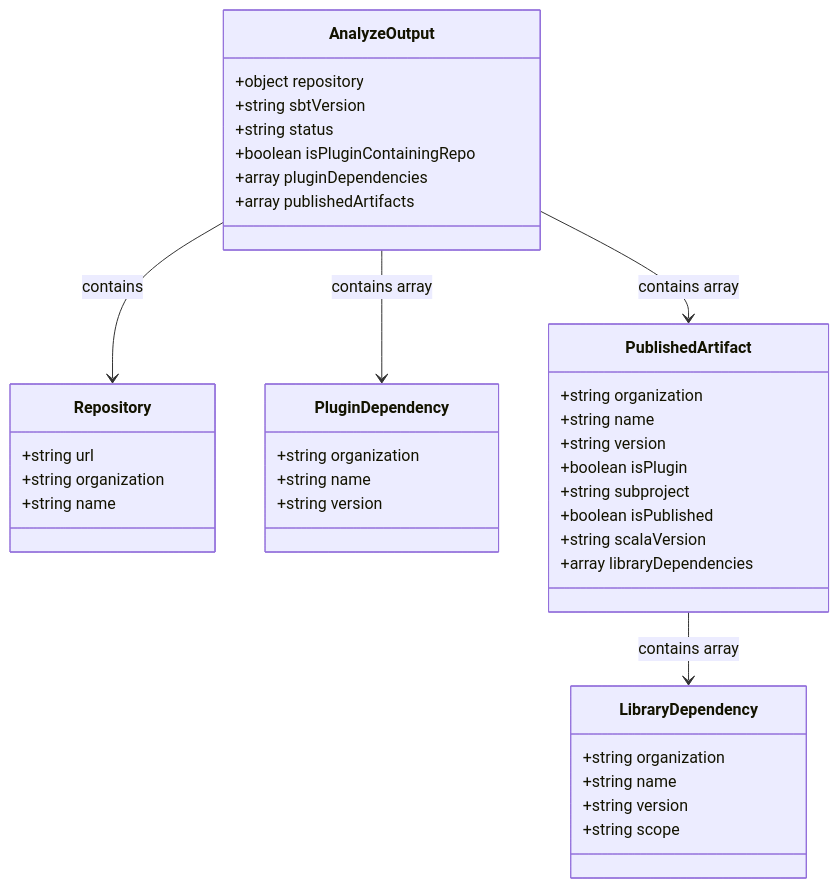
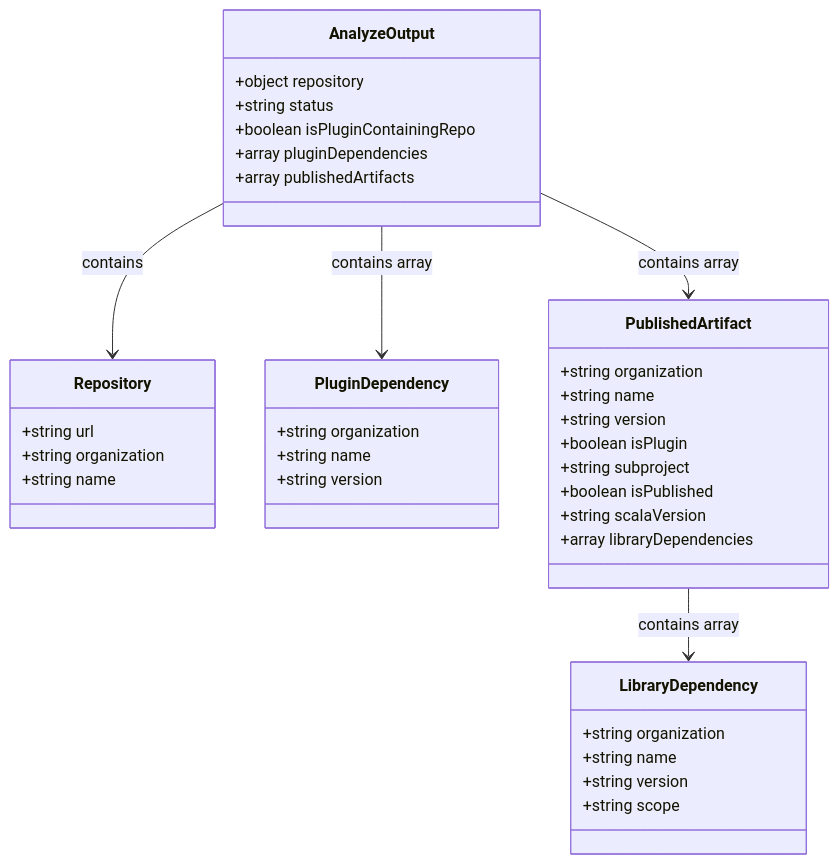
The second of 2 diagrams in database/schema-diagram.md (anatoliykmetyuk/sbt-ecosystem), drawn with Mermaid before and after one commit. The commit also changed other lines of this file and 9 other files, not shown here.

````diff
--- a/database/schema-diagram.md
+++ b/database/schema-diagram.md
@@ -101,46 +107,45 @@
 ```mermaid
 classDiagram
     class AnalyzeOutput {
         +object repository
-        +string sbtVersion
         +string status
         +boolean isPluginContainingRepo
         +array pluginDependencies
         +array publishedArtifacts
     }
 
     class Repository {
         +string url
         +string organization
         +string name
     }
 
     class PluginDependency {
         +string organization
         +string name
         +string version
     }
 
     class PublishedArtifact {
         +string organization
         +string name
         +string version
         +boolean isPlugin
         +string subproject
         +boolean isPublished
         +string scalaVersion
         +array libraryDependencies
     }
 
     class LibraryDependency {
         +string organization
         +string name
         +string version
         +string scope
     }
 
     AnalyzeOutput --> Repository : contains
     AnalyzeOutput --> PluginDependency : contains array
     AnalyzeOutput --> PublishedArtifact : contains array
     PublishedArtifact --> LibraryDependency : contains array
 ```
````
